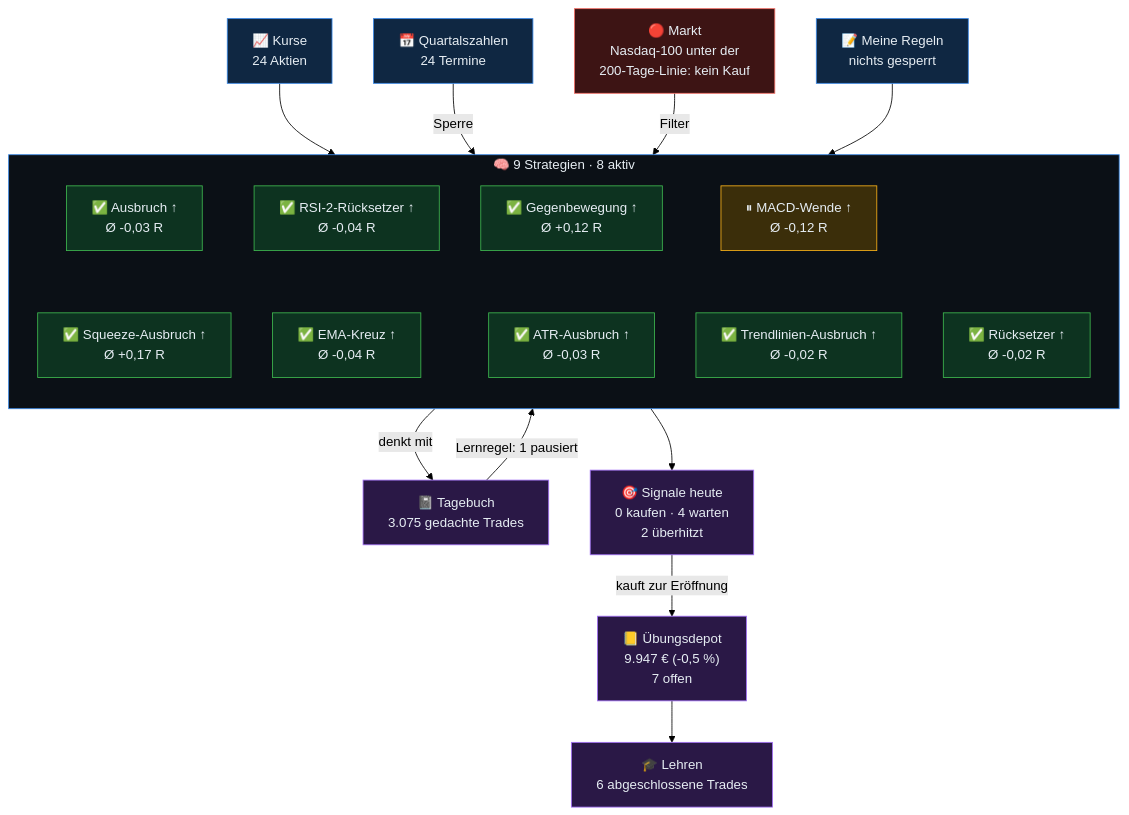
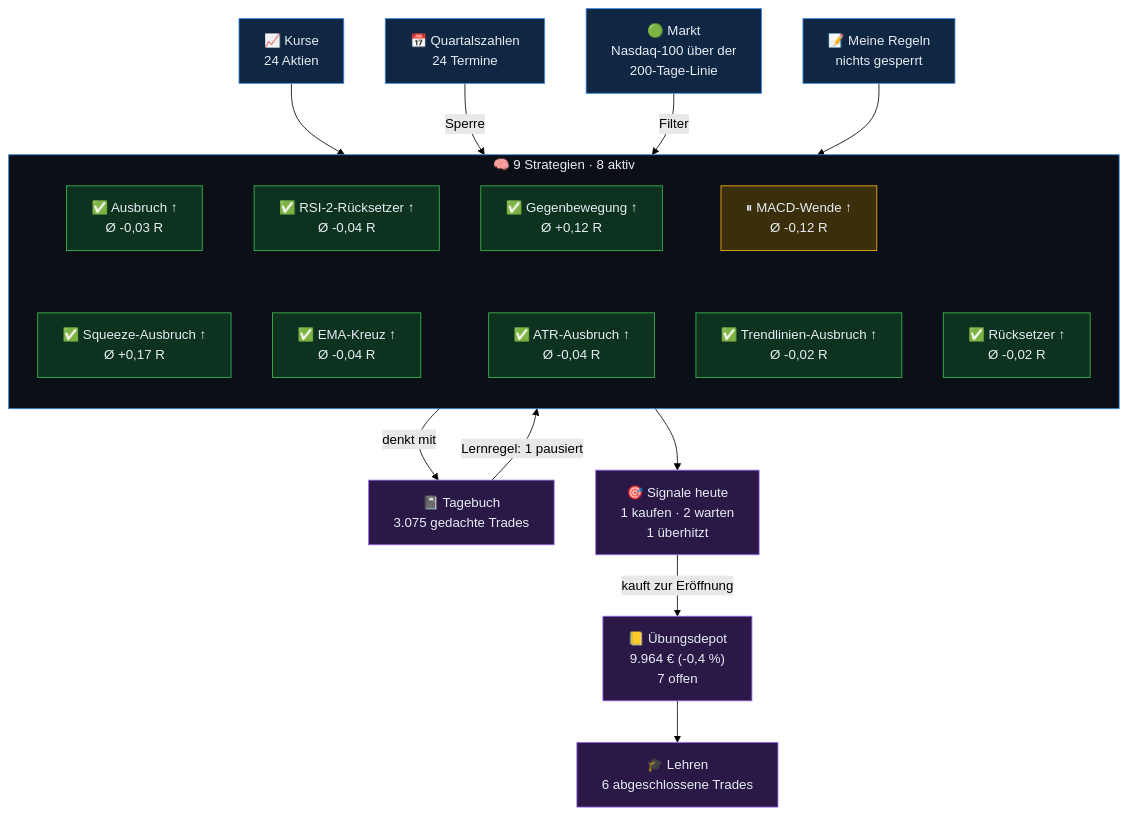
One commit to sickingmalte-arch/Test-Bot changed the diagram in gehirn/Start.md. Above: the diagram before and after it, drawn with Mermaid (forest theme). The commit also changed other lines of this file and 36 other files, not shown here.

````diff
--- a/gehirn/Start.md
+++ b/gehirn/Start.md
@@ -9,48 +9,48 @@
 ```mermaid
 flowchart TB
   kurse["📈 Kurse<br/>24 Aktien"]
   termine["📅 Quartalszahlen<br/>24 Termine"]
-  markt["🔴 Markt<br/>Nasdaq-100 unter der<br/>200-Tage-Linie: kein Kauf"]
+  markt["🟢 Markt<br/>Nasdaq-100 über der<br/>200-Tage-Linie"]
   regeln["📝 Meine Regeln<br/>nichts gesperrt"]
   subgraph KERN["🧠 9 Strategien · 8 aktiv"]
     direction TB
     s0["✅ Ausbruch ↑<br/>Ø -0,03 R"]
     s1["✅ RSI-2-Rücksetzer ↑<br/>Ø -0,04 R"]
     s2["✅ Gegenbewegung ↑<br/>Ø +0,12 R"]
     s3["⏸ MACD-Wende ↑<br/>Ø -0,12 R"]
     s4["✅ Rücksetzer ↑<br/>Ø -0,02 R"]
     s5["✅ Squeeze-Ausbruch ↑<br/>Ø +0,17 R"]
     s6["✅ EMA-Kreuz ↑<br/>Ø -0,04 R"]
-    s7["✅ ATR-Ausbruch ↑<br/>Ø -0,03 R"]
+    s7["✅ ATR-Ausbruch ↑<br/>Ø -0,04 R"]
     s8["✅ Trendlinien-Ausbruch ↑<br/>Ø -0,02 R"]
     s0 ~~~ s5
     s1 ~~~ s6
     s2 ~~~ s7
     s3 ~~~ s8
   end
   tb["📓 Tagebuch<br/>3.075 gedachte Trades"]
-  sig["🎯 Signale heute<br/>0 kaufen · 4 warten<br/>2 überhitzt"]
-  depot["📒 Übungsdepot<br/>9.947 € (-0,5 %)<br/>7 offen"]
+  sig["🎯 Signale heute<br/>1 kaufen · 2 warten<br/>1 überhitzt"]
+  depot["📒 Übungsdepot<br/>9.964 € (-0,4 %)<br/>7 offen"]
   lehren["🎓 Lehren<br/>6 abgeschlossene Trades"]
   kurse --> KERN
   termine -->|Sperre| KERN
   markt -->|Filter| KERN
   regeln --> KERN
   KERN -->|denkt mit| tb
   tb -->|Lernregel: 1 pausiert| KERN
   KERN --> sig
   sig -->|kauft zur Eröffnung| depot
   depot --> lehren
   classDef ein fill:#0f2742,stroke:#3987e5,color:#e6edf3
   classDef rot fill:#3d1414,stroke:#f47067,color:#e6edf3
   classDef aktiv fill:#0d3320,stroke:#3fb950,color:#e6edf3
   classDef pausiert fill:#3b2e0a,stroke:#fab219,color:#e6edf3
   classDef aus fill:#22272e,stroke:#6e7681,color:#9ba7b4
   classDef aus2 fill:#2a1846,stroke:#a371f7,color:#e6edf3
   class kurse,termine,regeln ein
-  class markt rot
+  class markt ein
   class tb,sig,depot,lehren aus2
   class s0,s1,s2,s4,s5,s6,s7,s8 aktiv
   class s3 pausiert
   style KERN fill:#0b1016,stroke:#3987e5,color:#e6edf3
 ```
````
